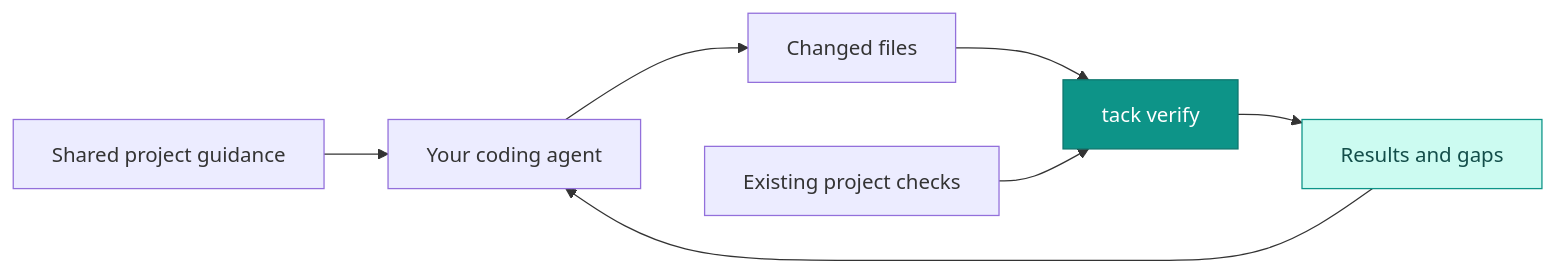
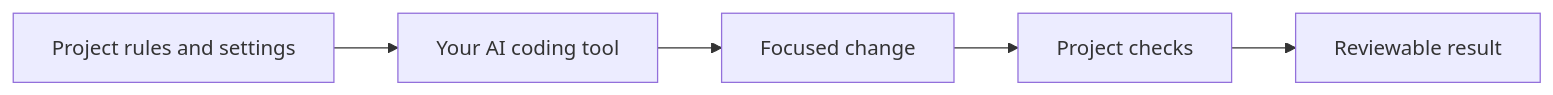
The diagram in README.md (nbfrodri/agent-tack), drawn with Mermaid before and after one commit. The commit also changed other lines of this file and 32 other files, not shown here.

````diff
--- a/README.md
+++ b/README.md
@@ -193,13 +32,7 @@
 ```mermaid
 flowchart LR
-    A[Shared project guidance] --> B[Your coding agent]
-    B --> C[Changed files]
-    C --> D[tack verify]
-    E[Existing project checks] --> D
-    D --> F[Results and gaps]
-    F --> B
-    classDef tack fill:#0d9488,color:#fff,stroke:#0f766e
-    classDef evidence fill:#ccfbf1,color:#134e4a,stroke:#0d9488
-    class D tack
-    class F evidence
+  A[Project rules and settings] --> B[Your AI coding tool]
+  B --> C[Focused change]
+  C --> D[Project checks]
+  D --> E[Reviewable result]
 ```
````
